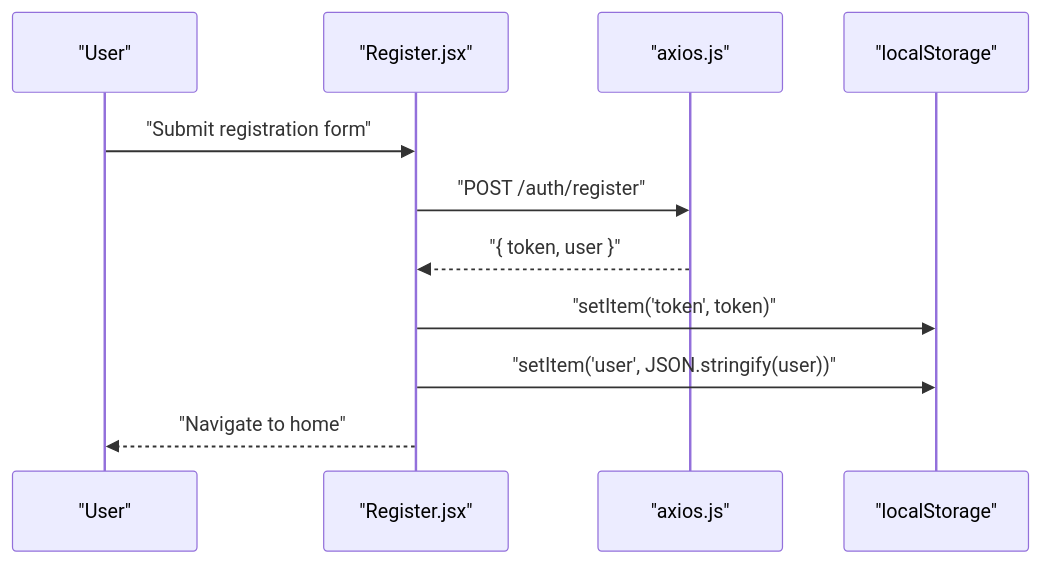
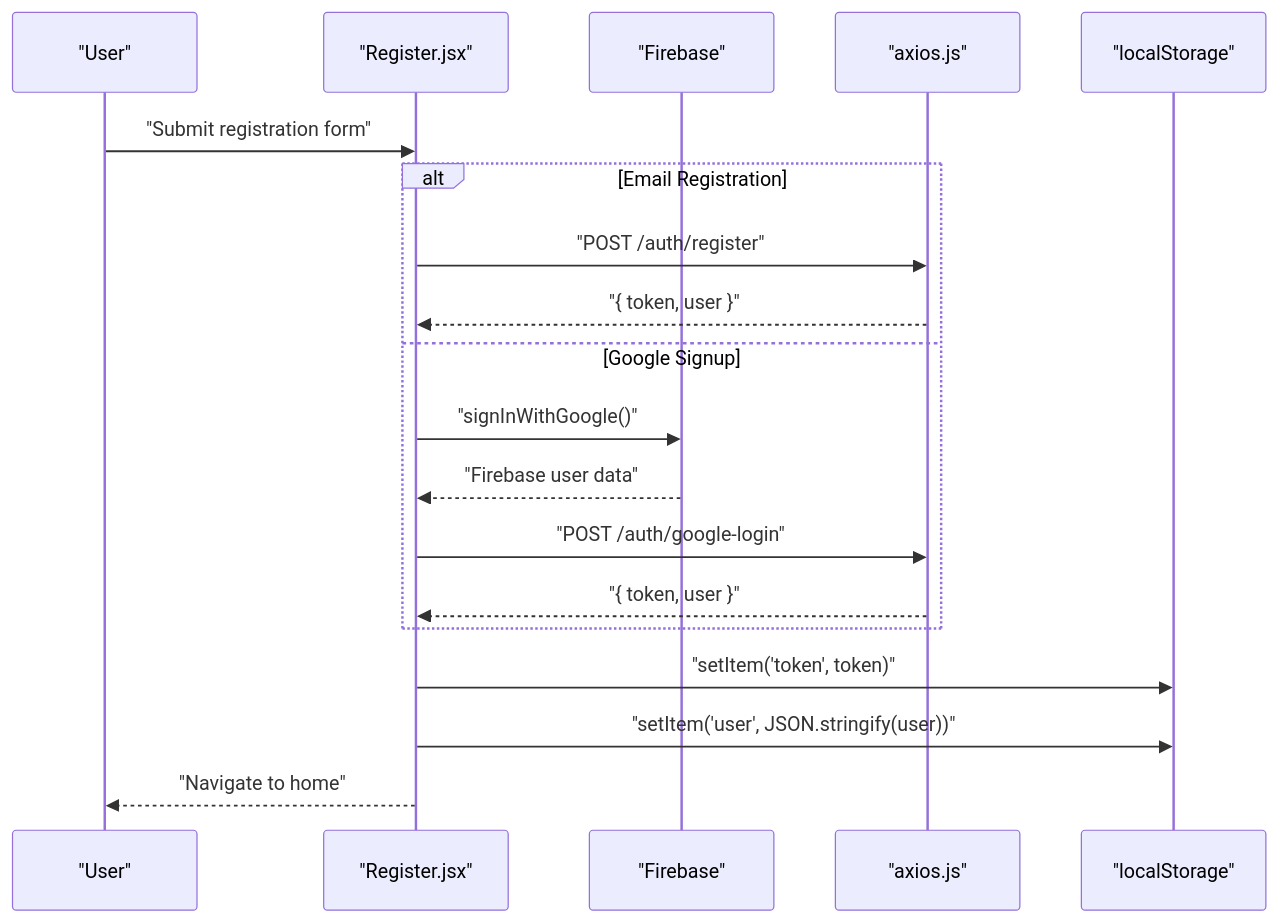
One commit to Pavan-PSPK9032/TrendsandToss changed the seventh of 11 diagrams in .qoder/repowiki/en/content/Authentication & Authorization/Frontend Authentication State Management.md. Above: the diagram before and after it, drawn with Mermaid. The commit also changed other lines of this file and 5 other files, not shown here.

````diff
--- a/.qoder/repowiki/en/content/Authentication & Authorization/Frontend Authentication State Management.md
+++ b/.qoder/repowiki/en/content/Authentication & Authorization/Frontend Authentication State Management.md
@@ -236,13 +329,21 @@
 ```mermaid
 sequenceDiagram
 participant U as "User"
 participant P as "Register.jsx"
+participant F as "Firebase"
 participant AX as "axios.js"
 participant LS as "localStorage"
 U->>P : "Submit registration form"
+alt Email Registration
 P->>AX : "POST /auth/register"
 AX-->>P : "{ token, user }"
+else Google Signup
+P->>F : "signInWithGoogle()"
+F-->>P : "Firebase user data"
+P->>AX : "POST /auth/google-login"
+AX-->>P : "{ token, user }"
+end
 P->>LS : "setItem('token', token)"
 P->>LS : "setItem('user', JSON.stringify(user))"
 P-->>U : "Navigate to home"
 ```
````
